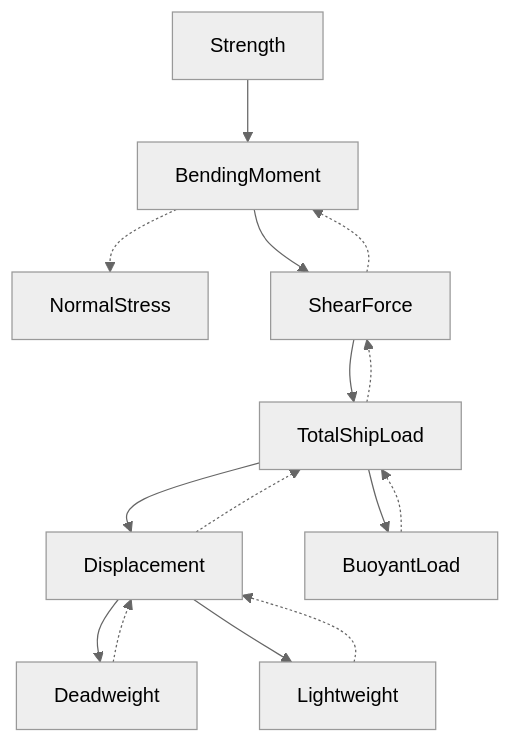
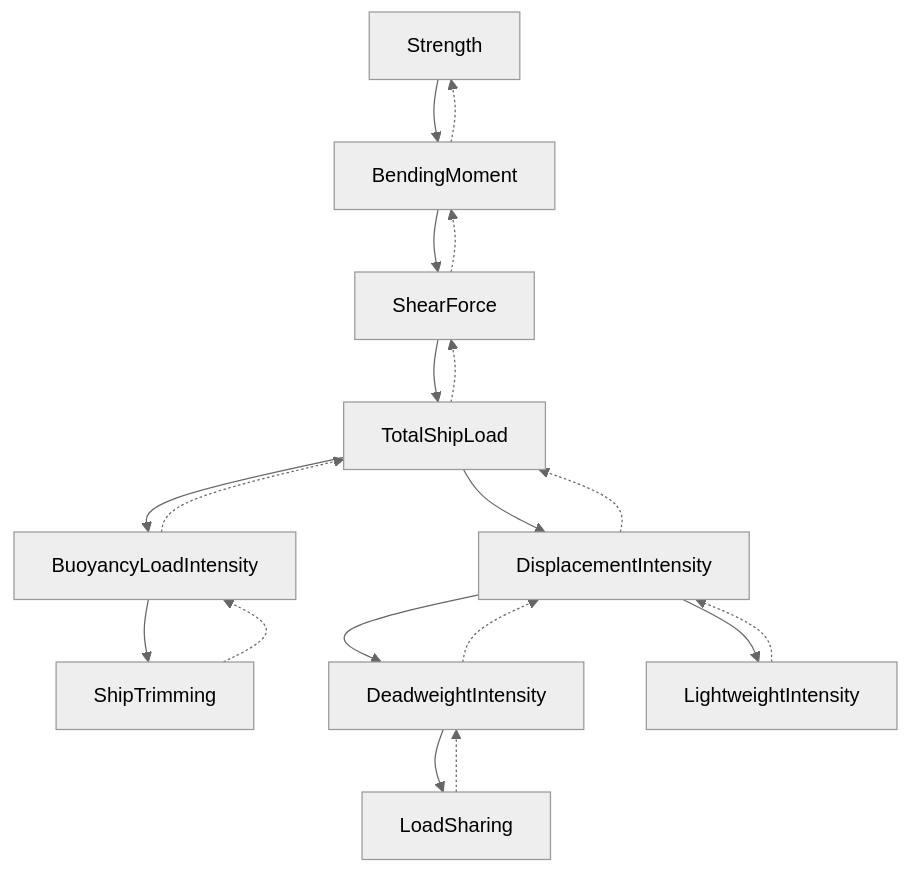
Before and after one commit to milovanovmaksim/ship_strength_monitoring_system: the diagram in README.md, drawn with Mermaid (neutral theme).

````diff
--- a/README.md
+++ b/README.md
@@ -13,17 +13,21 @@
 ```mermaid
 graph TD;
 Strength--> BendingMoment;
-BendingMoment -.-> NormalStress;
+BendingMoment-.->Strength;
 BendingMoment-->ShearForce;
 ShearForce -.->BendingMoment;
 ShearForce-->TotalShipLoad;
 TotalShipLoad -.-> ShearForce;
-TotalShipLoad-->Displacement;
-TotalShipLoad-->BuoyantLoad;
-BuoyantLoad -.->TotalShipLoad;
-Displacement-->Deadweight;
-Displacement-->Lightweight;
-Displacement -.-> TotalShipLoad;
-Lightweight -.->Displacement;
-Deadweight -.->Displacement;
+TotalShipLoad-->DisplacementIntensity;
+TotalShipLoad-->BuoyancyLoadIntensity;
+BuoyancyLoadIntensity -.->TotalShipLoad;
+BuoyancyLoadIntensity-->ShipTrimming;
+ShipTrimming-.->BuoyancyLoadIntensity;
+DisplacementIntensity-->DeadweightIntensity;
+DisplacementIntensity-->LightweightIntensity;
+DisplacementIntensity -.-> TotalShipLoad;
+LightweightIntensity -.->DisplacementIntensity;
+DeadweightIntensity -.->DisplacementIntensity;
+DeadweightIntensity-->LoadSharing;
+LoadSharing-.->DeadweightIntensity;
 ```
````
